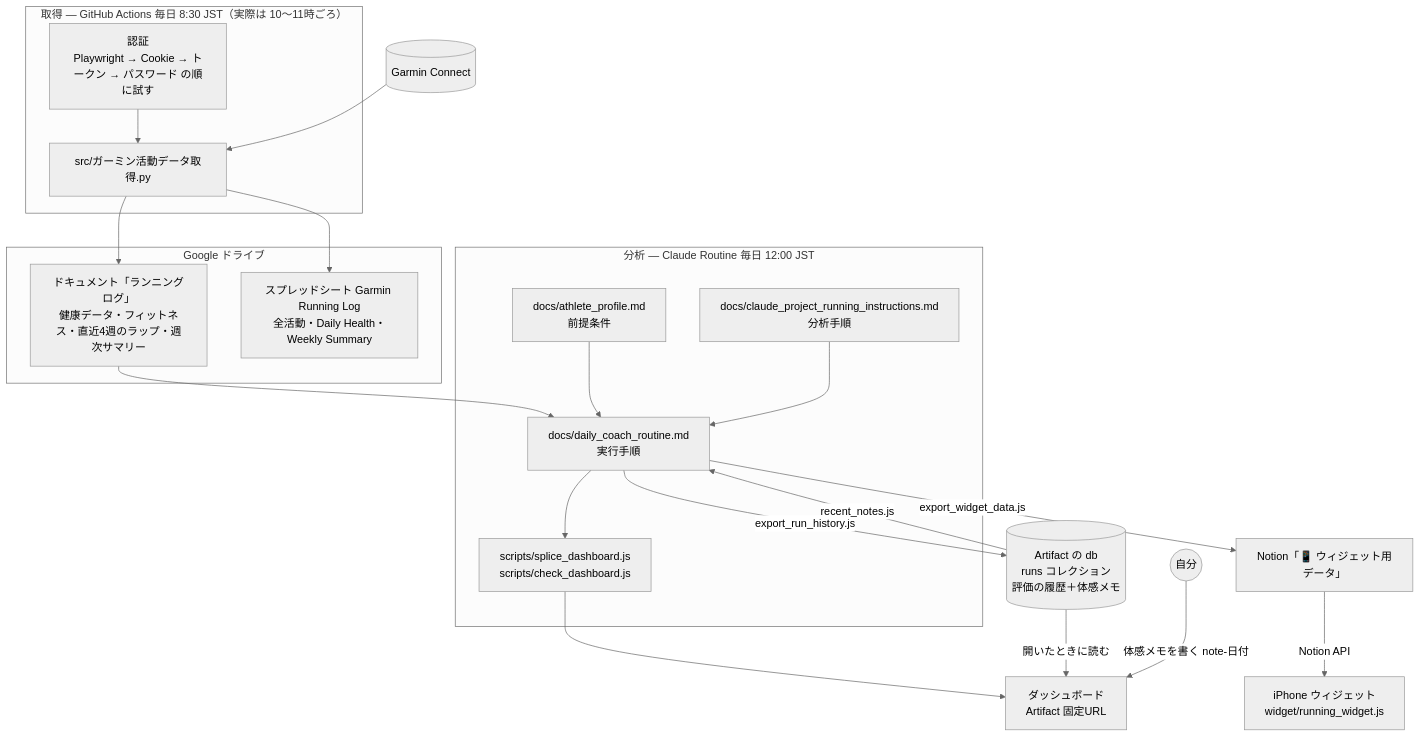
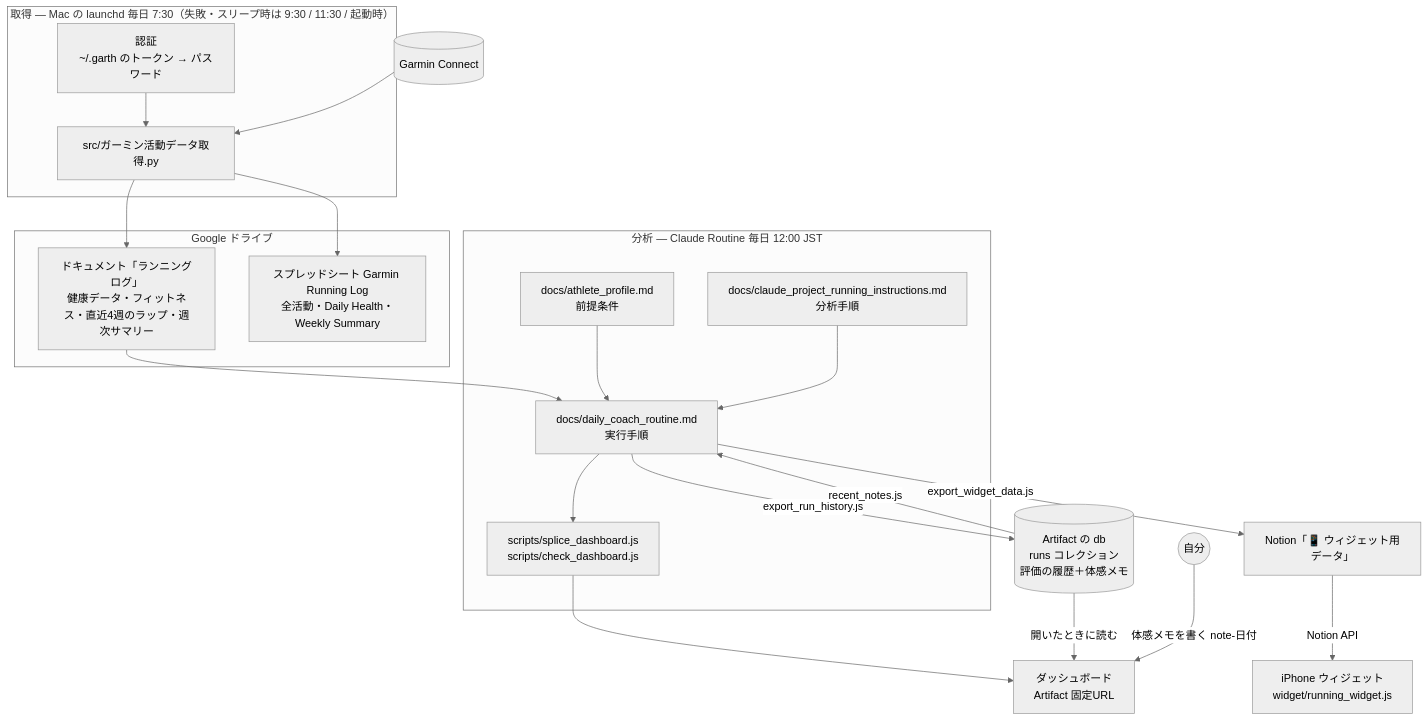
Before and after one commit to tonpe3141-ctrl/garmin-to-notion: the diagram in docs/ARCHITECTURE.md, drawn with Mermaid (neutral theme). The commit also changed other lines of this file and 11 other files, not shown here.

First line of the commit message:
毎朝の Garmin 取得を Mac（launchd）に移し、GitHub Actions の予約実行を止める

````diff
--- a/docs/ARCHITECTURE.md
+++ b/docs/ARCHITECTURE.md
@@ -9,42 +10,42 @@
 ```mermaid
 graph TD
-    subgraph "取得 — GitHub Actions 毎日 8:30 JST（実際は 10〜11時ごろ）"
-        Auth[認証<br>Playwright → Cookie → トークン → パスワード の順に試す]
+    subgraph "取得 — Mac の launchd 毎日 7:30（失敗・スリープ時は 9:30 / 11:30 / 起動時）"
+        Auth[認証<br>~/.garth のトークン → パスワード]
         Sync[src/ガーミン活動データ取得.py]
         Auth --> Sync
     end
 
     Garmin[(Garmin Connect)] --> Sync
 
     subgraph "Google ドライブ"
         Doc["ドキュメント「ランニングログ」<br>健康データ・フィットネス・直近4週のラップ・週次サマリー"]
         Sheet["スプレッドシート Garmin Running Log<br>全活動・Daily Health・Weekly Summary"]
     end
     Sync --> Doc
     Sync --> Sheet
 
     subgraph "分析 — Claude Routine 毎日 12:00 JST"
         Profile[docs/athlete_profile.md<br>前提条件]
         Method[docs/claude_project_running_instructions.md<br>分析手順]
         Steps[docs/daily_coach_routine.md<br>実行手順]
         Splice[scripts/splice_dashboard.js<br>scripts/check_dashboard.js]
     end
     Doc --> Steps
     Profile --> Steps
     Method --> Steps
     Steps --> Splice
 
     Dash[ダッシュボード<br>Artifact 固定URL]
     DB[(Artifact の db<br>runs コレクション<br>評価の履歴＋体感メモ)]
     Me((自分))
     NP[Notion「📱 ウィジェット用データ」]
     W[iPhone ウィジェット<br>widget/running_widget.js]
 
     Splice --> Dash
     Steps -->|export_run_history.js| DB
     Steps -->|export_widget_data.js| NP
     DB -->|開いたときに読む| Dash
     Me -->|体感メモを書く note-日付| Dash
     DB -->|recent_notes.js| Steps
     NP -->|Notion API| W
 ```
````
